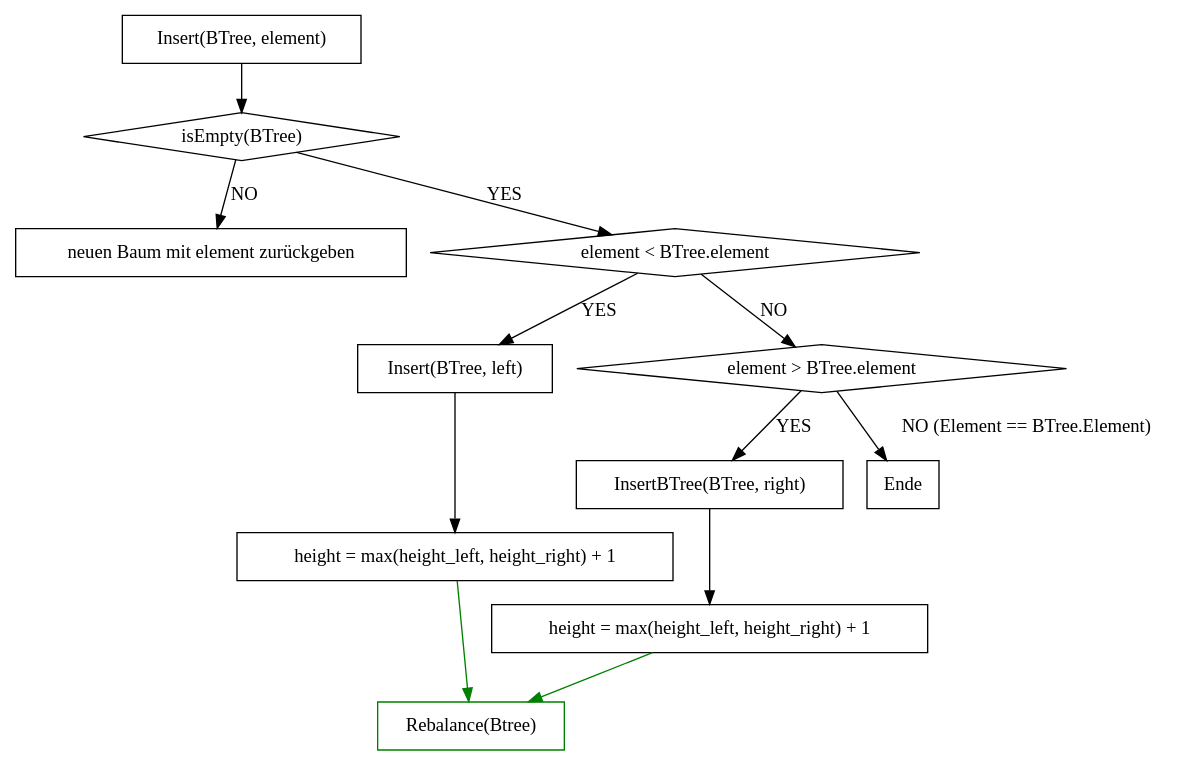
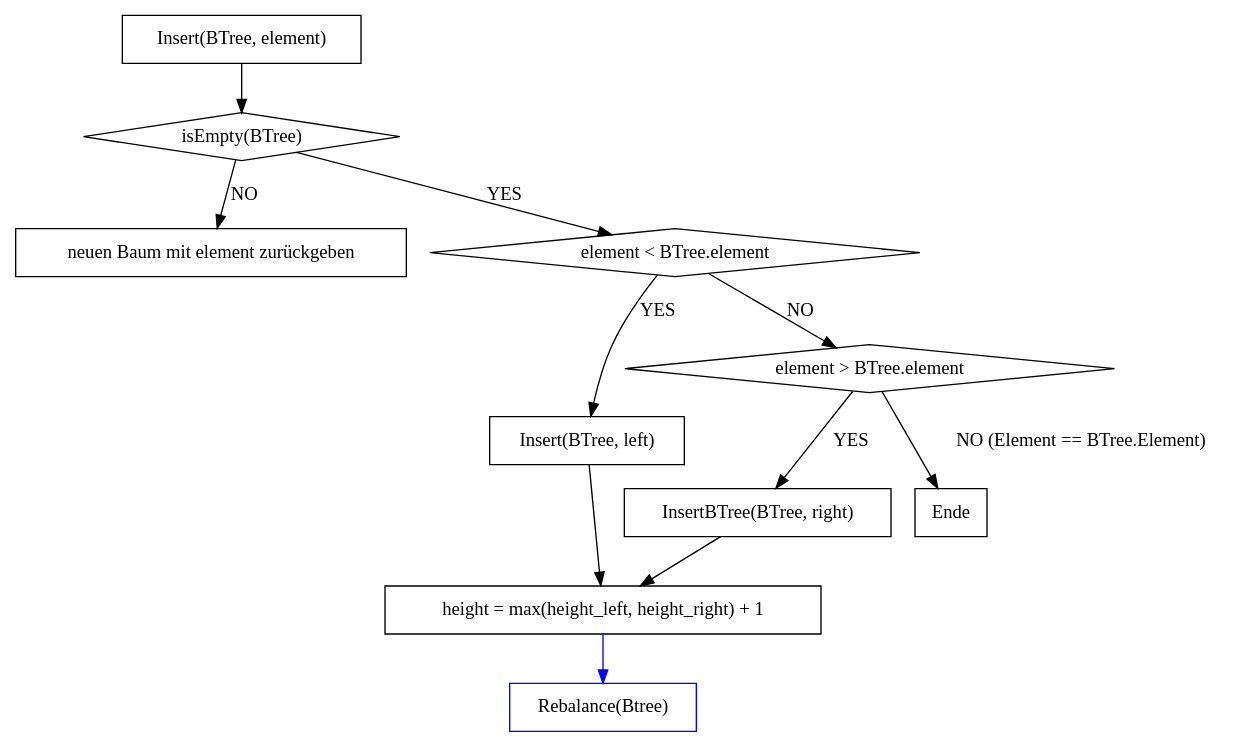
Before and after one commit to hugoppp-uni/Hausarbeit-Algorithmen-und-Datenstrukturen: the diagram in doc/graphviz/insert.gv, drawn with Graphviz. The commit also changed 4 other files, not shown here.

Commit message:
Graphviz: Add rotate left and right

```diff
--- a/doc/graphviz/insert.gv
+++ b/doc/graphviz/insert.gv
@@ -1,32 +1,29 @@
 digraph Q {
 
     node [shape = box];
     compound = true;
 
     a1 [label = "Insert(BTree, element)"]
     a1 -> a2
     a2 [label = "isEmpty(BTree)" shape = diamond]
     a2-> b2 [label = "NO"]
     b2 [label = "neuen Baum mit element zurückgeben"]
     a2 -> a3 [label = "YES"]
     a3 [label = "element < BTree.element" shape = diamond]
     a3 -> smaller [label = "YES"]
     a3 -> a4 [label = "NO"]
     a4 [label = "element > BTree.element" shape = diamond]
     a4 -> larger [label = "YES"]
     a4 -> "Ende" [label = "NO (Element == BTree.Element)"]
     smaller [label = "Insert(BTree, left)"]
     //smaller -> a1
     larger [label = "InsertBTree(BTree, right)"]
     //larger -> a1
 
-    checkBalance[ label= "Rebalance(Btree)" color = green]
+    checkBalance[ label= "Rebalance(Btree)" color = blue]
 
-    smaller -> checkReturnl2
-    checkReturnl2 [label = "height = max(height_left, height_right) + 1"]
-    checkReturnl2 -> checkBalance [color = green]
-
+    smaller -> checkReturn2
     larger -> checkReturn2
     checkReturn2 [label = "height = max(height_left, height_right) + 1"]
-    checkReturn2 -> checkBalance [color = green]
+    checkReturn2 -> checkBalance [color = blue]
 }
```
